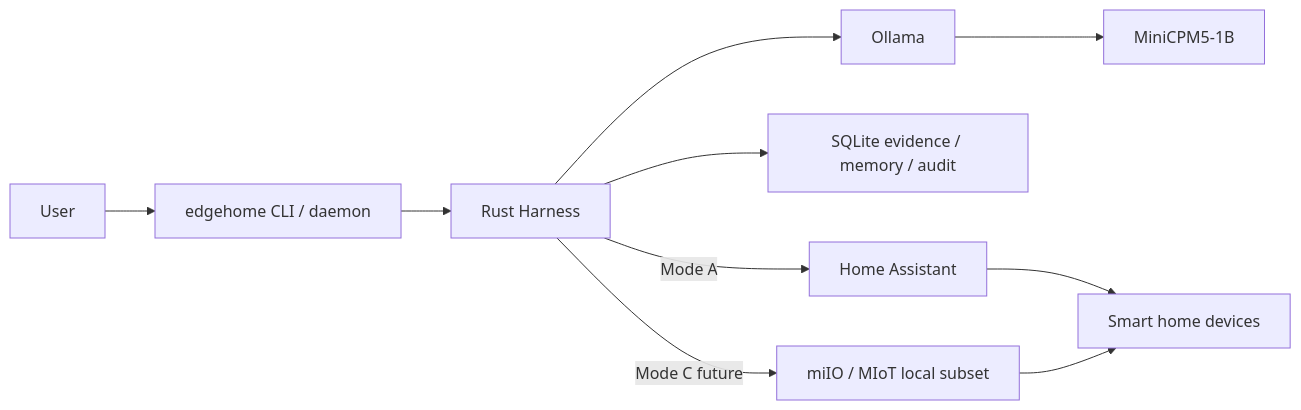
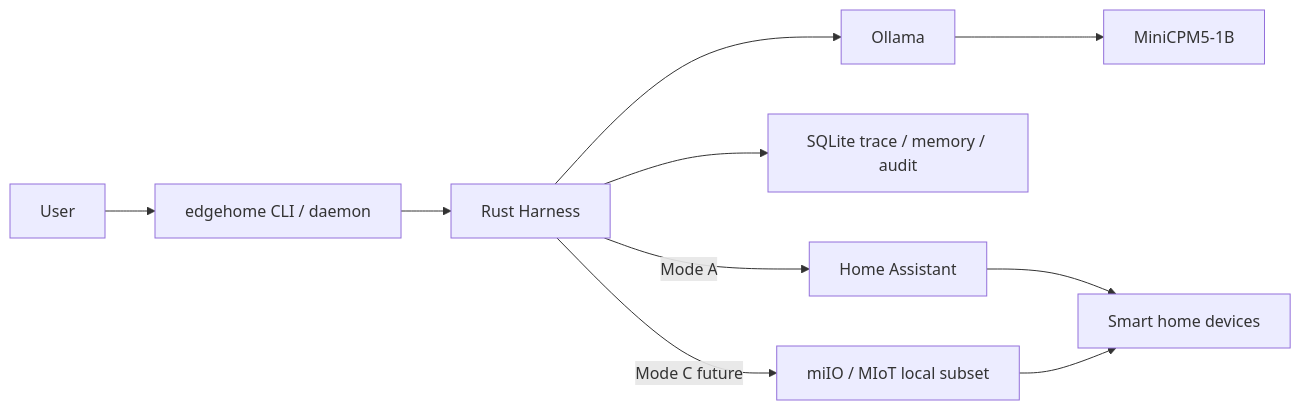
The diagram in docs/deployment-modes.md (yushui2022/EdgeHome-Harness), drawn with Mermaid before and after one commit. The commit also changed other lines of this file and 8 other files, not shown here.

Commit message:
docs: reframe harness architecture v2

````diff
--- a/docs/deployment-modes.md
+++ b/docs/deployment-modes.md
@@ -15,22 +15,22 @@
 ```mermaid
 flowchart LR
   User["User"]
   CLI["edgehome CLI / daemon"]
   Harness["Rust Harness"]
   Ollama["Ollama"]
   Model["MiniCPM5-1B"]
-  SQLite["SQLite evidence / memory / audit"]
+  SQLite["SQLite trace / memory / audit"]
   HA["Home Assistant"]
   Miio["miIO / MIoT local subset"]
   Devices["Smart home devices"]
 
   User --> CLI
   CLI --> Harness
   Harness --> Ollama
   Ollama --> Model
   Harness --> SQLite
   Harness -->|"Mode A"| HA
   HA --> Devices
   Harness -->|"Mode C future"| Miio
   Miio --> Devices
 ```
````
